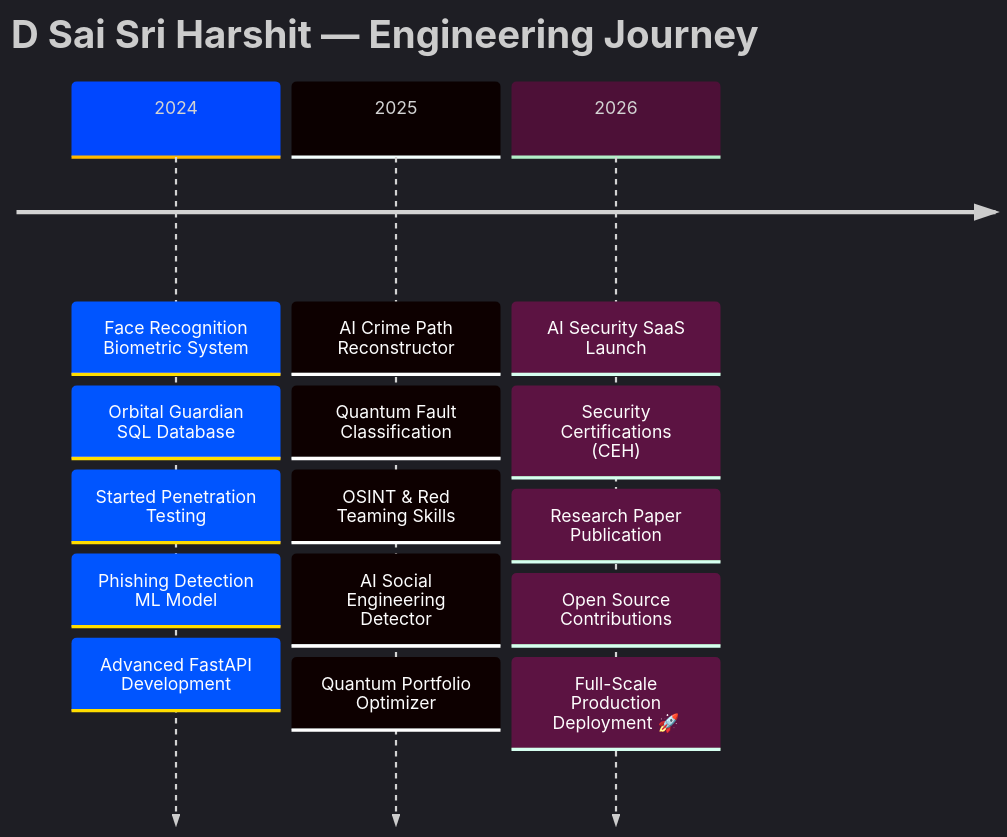
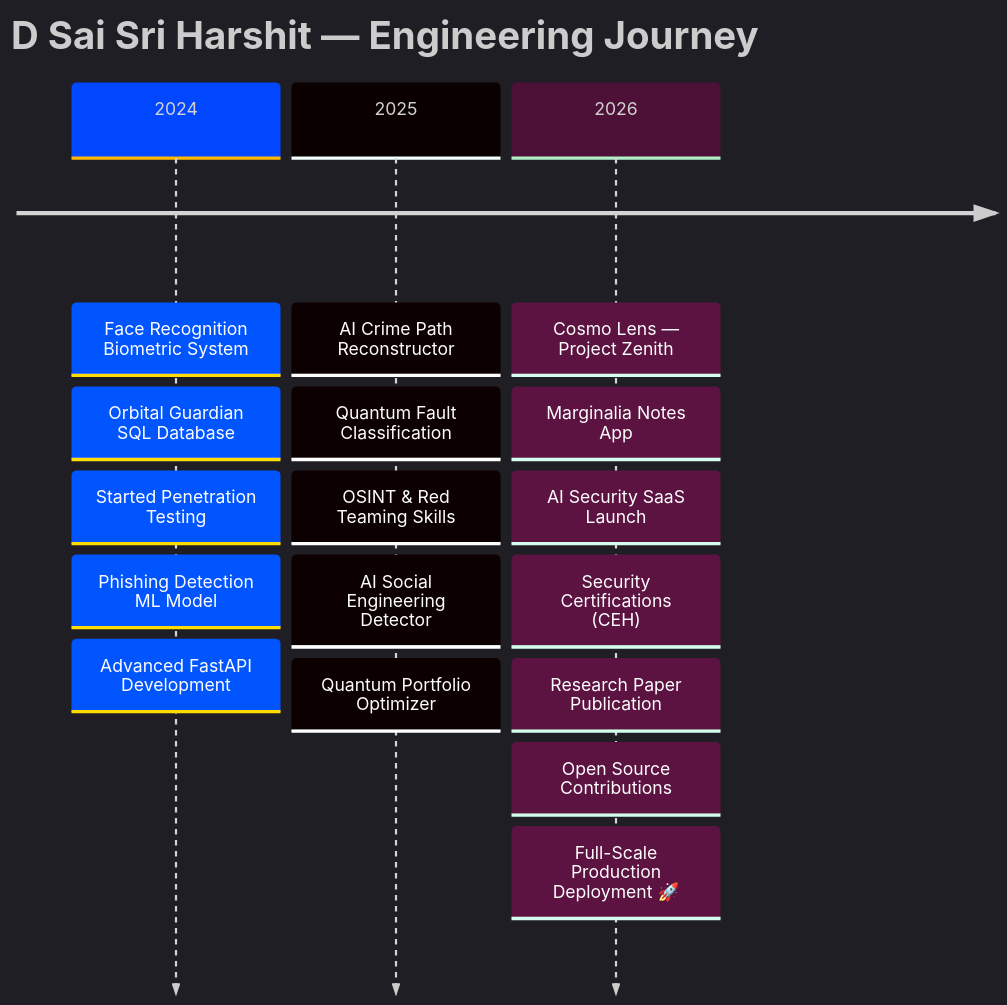
Before and after one commit to dsaisrih/dsaisrih: the first of 2 diagrams in README.md, drawn with Mermaid. The commit also changed other lines of this file, not shown here.

````diff
--- a/README.md
+++ b/README.md
@@ -311,20 +327,22 @@
 ```mermaid
 %%{init: {'theme': 'dark', 'themeVariables': { 'primaryColor': '#0047ff', 'edgeLabelBackground':'#00001a', 'tertiaryColor': '#050510'}}}%%
 timeline
     title D Sai Sri Harshit — Engineering Journey
     2024 : Face Recognition Biometric System
          : Orbital Guardian SQL Database
          : Started Penetration Testing
          : Phishing Detection ML Model
          : Advanced FastAPI Development
     2025 : AI Crime Path Reconstructor
          : Quantum Fault Classification
          : OSINT & Red Teaming Skills
          : AI Social Engineering Detector
          : Quantum Portfolio Optimizer
-    2026 : AI Security SaaS Launch
+    2026 : Cosmo Lens — Project Zenith
+         : Marginalia Notes App
+         : AI Security SaaS Launch
          : Security Certifications (CEH)
          : Research Paper Publication
          : Open Source Contributions
          : Full-Scale Production Deployment 🚀
 ```
````
